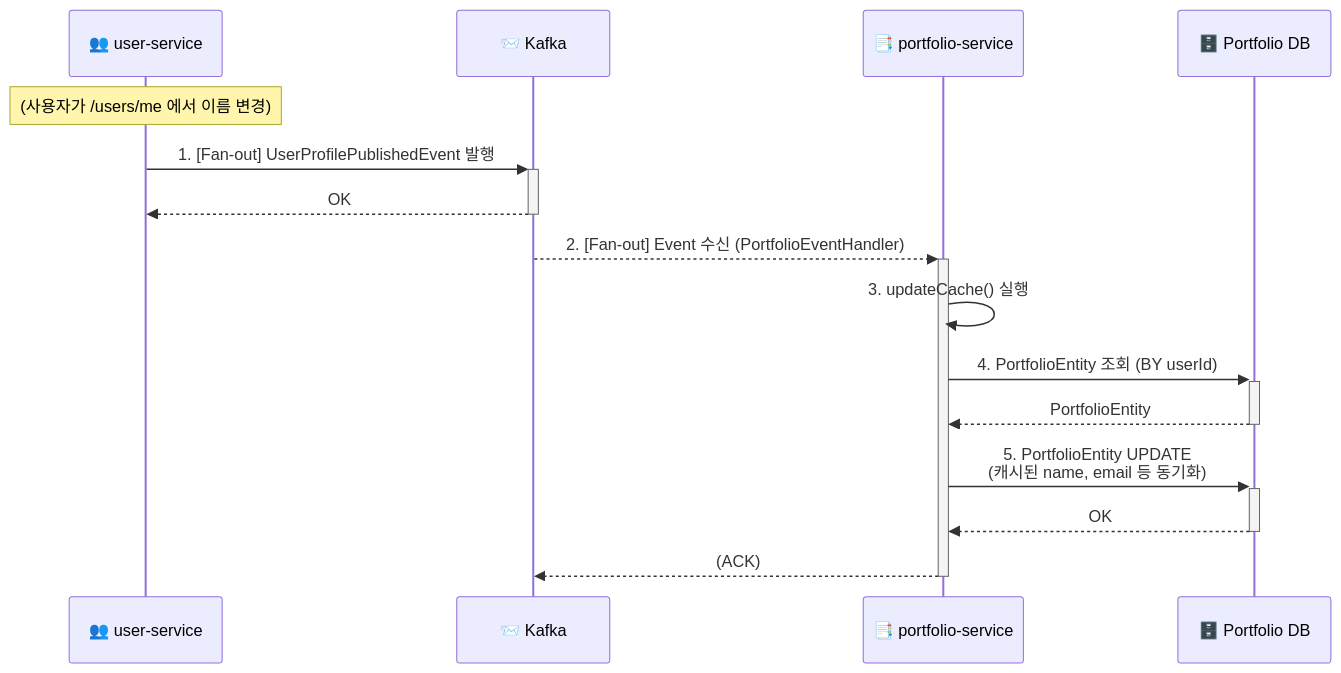
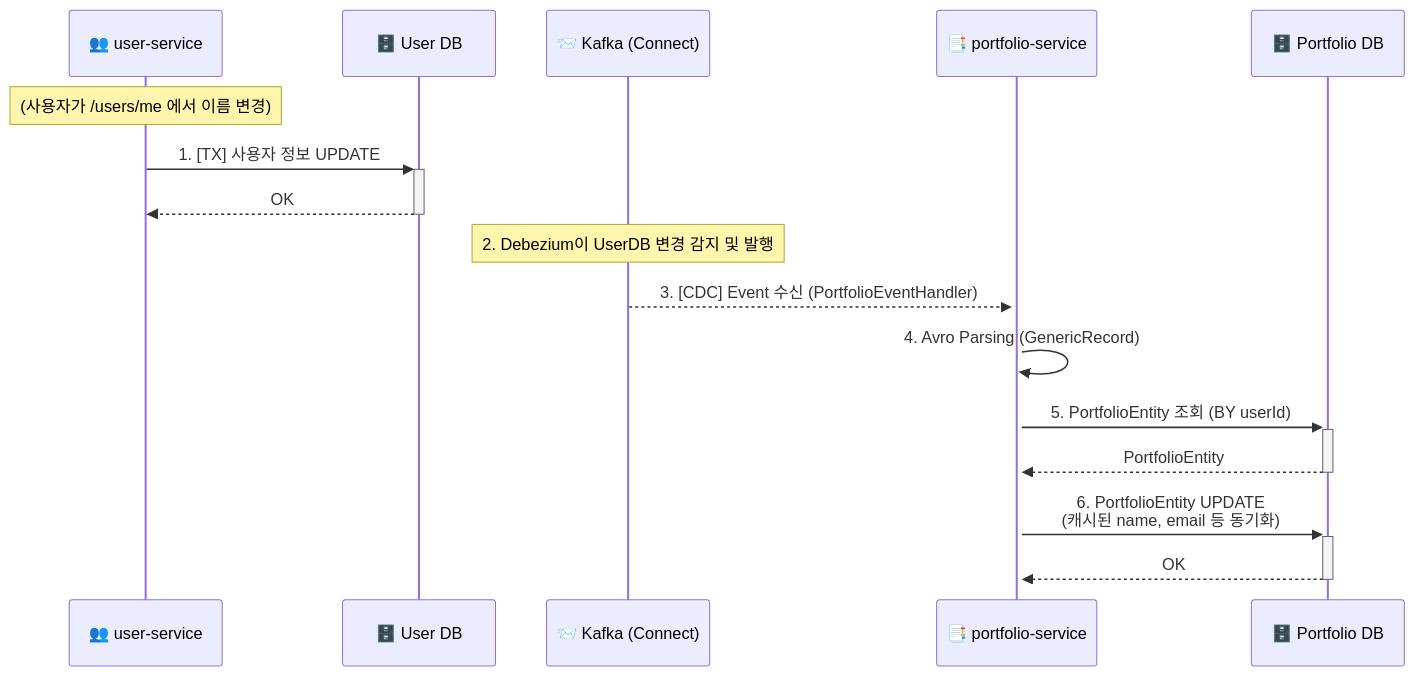
Before and after one commit to HeoJunHyoung/linkfolio-backend: the first of 2 diagrams in docs/developer guide/PORTFOLIO_SERVICE.md, drawn with Mermaid. The commit also changed other lines of this file and 4 other files, not shown here.

````diff
--- a/docs/developer guide/PORTFOLIO_SERVICE.md
+++ b/docs/developer guide/PORTFOLIO_SERVICE.md
@@ -122,20 +124,23 @@
 ```mermaid
 sequenceDiagram
     participant UserService as 👥 user-service
-    participant Kafka as 📨 Kafka
+    participant UserDB as 🗄️ User DB
+    participant Kafka as 📨 Kafka (Connect)
     participant PortfolioService as 📑 portfolio-service
     participant PortfolioDB as 🗄️ Portfolio DB
 
     Note over UserService: (사용자가 /users/me 에서 이름 변경)
-    UserService->>+Kafka: 1. [Fan-out] UserProfilePublishedEvent 발행
-    Kafka-->>-UserService: OK
+    UserService->>+UserDB: 1. [TX] 사용자 정보 UPDATE
+    UserDB-->>-UserService: OK
     
-    Kafka-->>+PortfolioService: 2. [Fan-out] Event 수신 (PortfolioEventHandler)
-    PortfolioService->>PortfolioService: 3. updateCache() 실행
-    PortfolioService->>+PortfolioDB: 4. PortfolioEntity 조회 (BY userId)
+    Note over Kafka: 2. Debezium이 UserDB 변경 감지 및 발행
+    Kafka-->>+PortfolioService: 3. [CDC] Event 수신 (PortfolioEventHandler)
+    
+    PortfolioService->>PortfolioService: 4. Avro Parsing (GenericRecord)
+    
+    PortfolioService->>+PortfolioDB: 5. PortfolioEntity 조회 (BY userId)
     PortfolioDB-->>-PortfolioService: PortfolioEntity
     
-    PortfolioService->>+PortfolioDB: 5. PortfolioEntity UPDATE <br> (캐시된 name, email 등 동기화)
+    PortfolioService->>+PortfolioDB: 6. PortfolioEntity UPDATE <br> (캐시된 name, email 등 동기화)
     PortfolioDB-->>-PortfolioService: OK
-    PortfolioService-->>-Kafka: (ACK)
 ```
````
